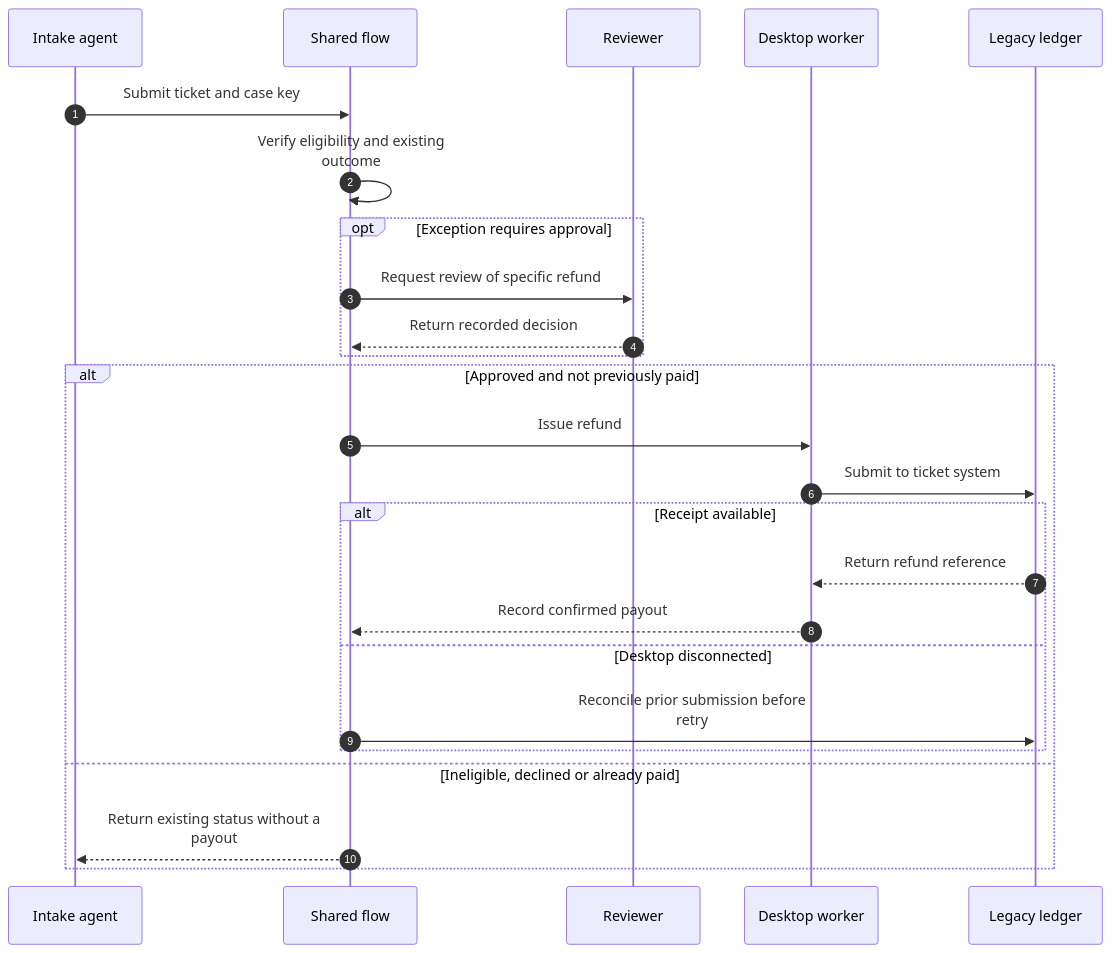
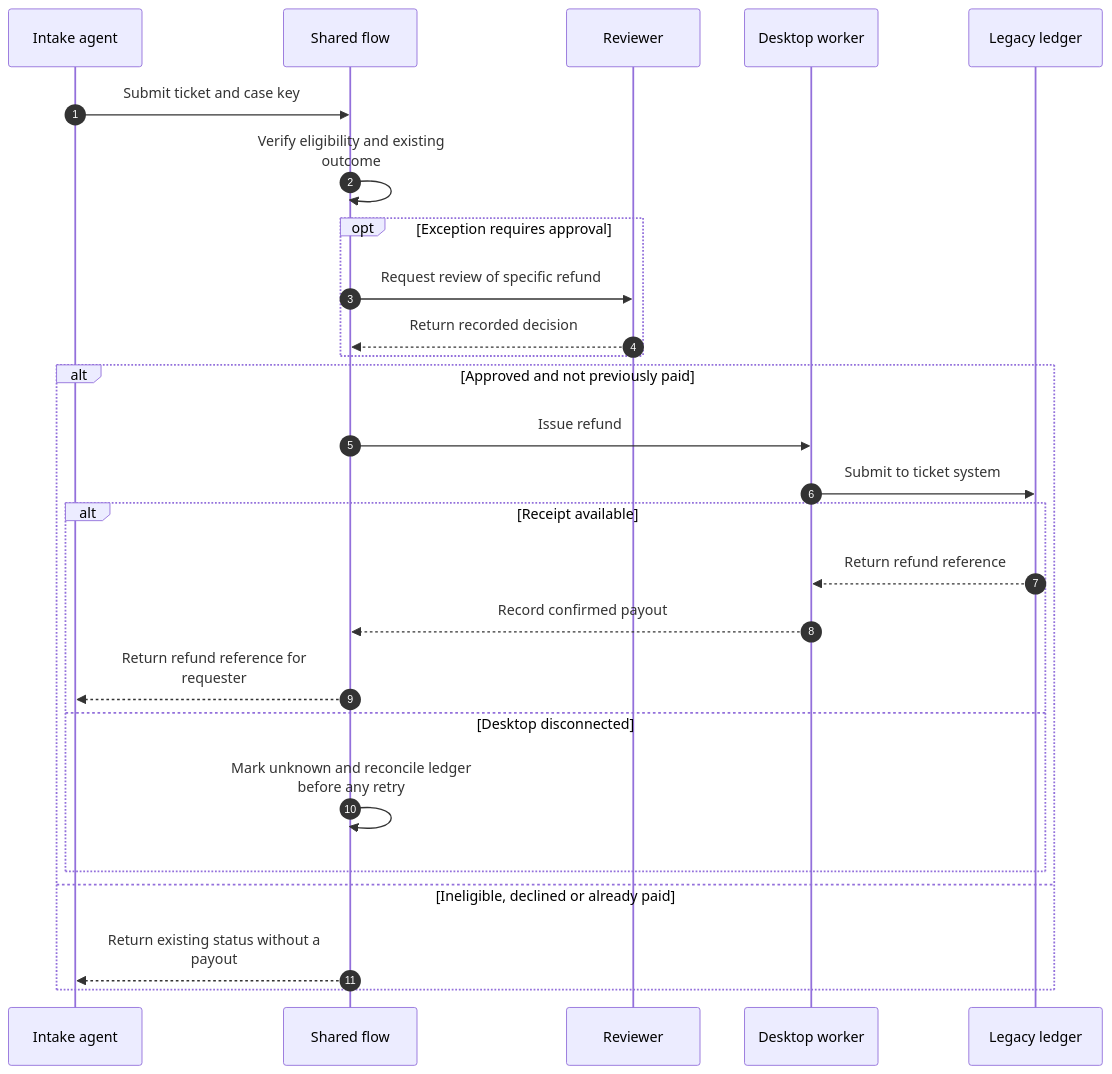
The second of 2 diagrams in solution-ideas/ticket-refunds.md (abhishek-ai-enabler/copilotstudio-architecture-patterns), drawn with Mermaid before and after one commit. The commit also changed other lines of this file and 41 other files, not shown here.

First line of the commit message:
Review diagrams: add return paths and fix flow accuracy

````diff
--- a/solution-ideas/ticket-refunds.md
+++ b/solution-ideas/ticket-refunds.md
@@ -38,28 +41,29 @@
 ```mermaid
 sequenceDiagram
     accTitle: Assisted and email-driven refunds on a shared legacy workflow - technical flow
     autonumber
     participant A as Intake agent
     participant F as Shared flow
     participant H as Reviewer
     participant R as Desktop worker
     participant L as Legacy ledger
     A->>F: Submit ticket and case key
     F->>F: Verify eligibility and existing<br/>outcome
     opt Exception requires approval
-        F->>H: Request review of specific refund
-        H-->>F: Return recorded decision
+      F->>H: Request review of specific refund
+      H-->>F: Return recorded decision
     end
     alt Approved and not previously paid
-        F->>R: Issue refund
-        R->>L: Submit to ticket system
-        alt Receipt available
-            L-->>R: Return refund reference
-            R-->>F: Record confirmed payout
-        else Desktop disconnected
-            F->>L: Reconcile prior submission before<br/>retry
-        end
+      F->>R: Issue refund
+      R->>L: Submit to ticket system
+      alt Receipt available
+        L-->>R: Return refund reference
+        R-->>F: Record confirmed payout
+        F-->>A: Return refund reference for<br/>requester
+      else Desktop disconnected
+        F->>F: Mark unknown and reconcile ledger<br/>before any retry
+      end
     else Ineligible, declined or already paid
-        F-->>A: Return existing status without a<br/>payout
+      F-->>A: Return existing status without a<br/>payout
     end
 ```
````
